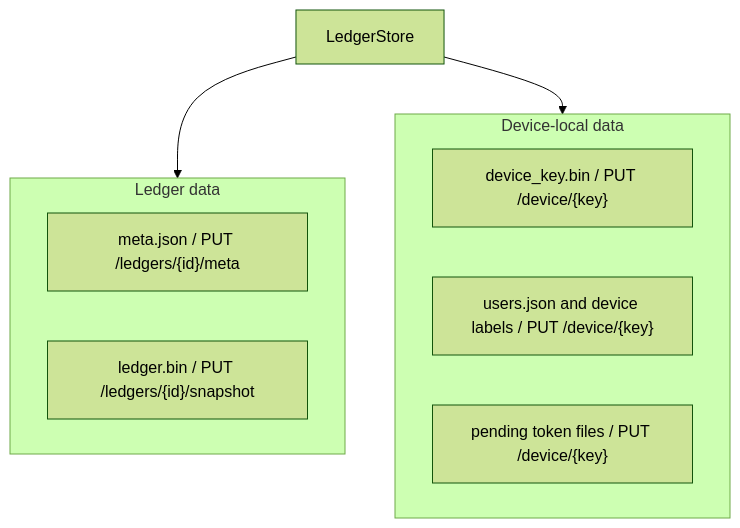
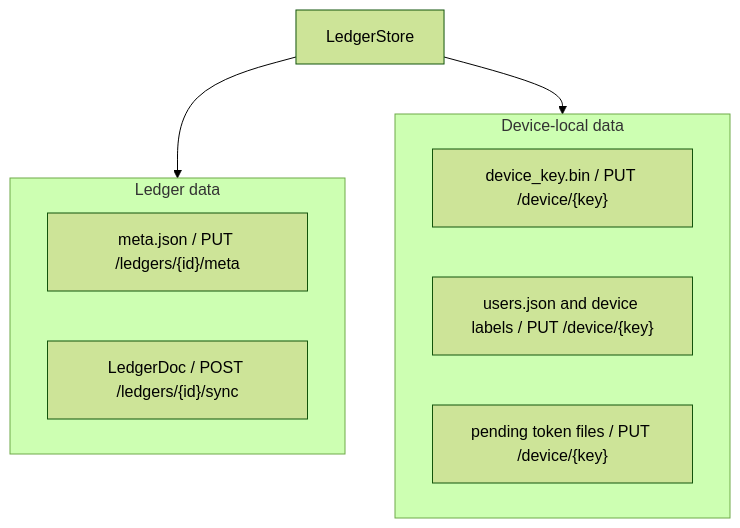
Before and after one commit to Gorgeous-Patrick/unbill: the diagram in crates/unbill-core/src/storage/DESIGN.md, drawn with Mermaid (forest theme). The commit also changed other lines of this file and 12 other files, not shown here.

````diff
--- a/crates/unbill-core/src/storage/DESIGN.md
+++ b/crates/unbill-core/src/storage/DESIGN.md
@@ -14,16 +15,16 @@
 ```mermaid
 flowchart TB
     Store["LedgerStore"]
     subgraph LedgerData["Ledger data"]
         Meta["meta.json / PUT /ledgers/{id}/meta"]
-        Snapshot["ledger.bin / PUT /ledgers/{id}/snapshot"]
+        Snapshot["LedgerDoc / POST /ledgers/{id}/sync"]
     end
     subgraph DeviceData["Device-local data"]
         Key["device_key.bin / PUT /device/{key}"]
         Local["users.json and device labels / PUT /device/{key}"]
         Pending["pending token files / PUT /device/{key}"]
     end
 
     Store --> LedgerData
     Store --> DeviceData
 ```
````
